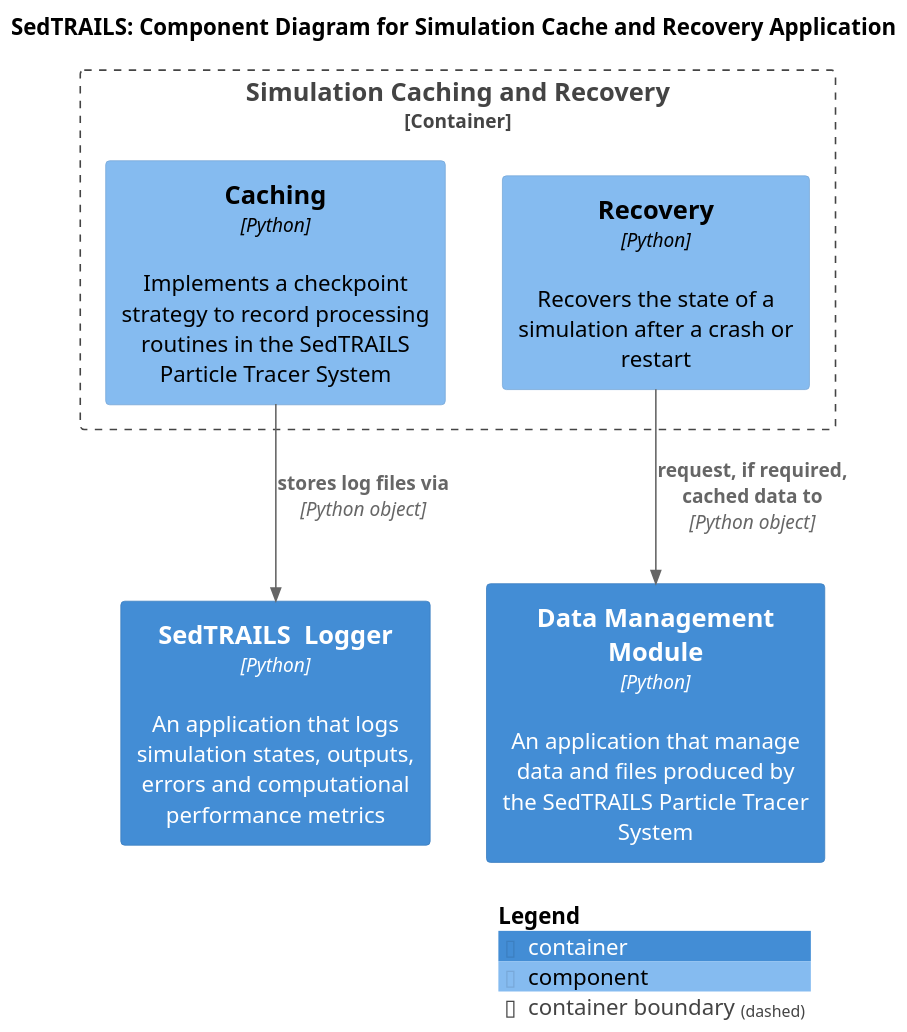
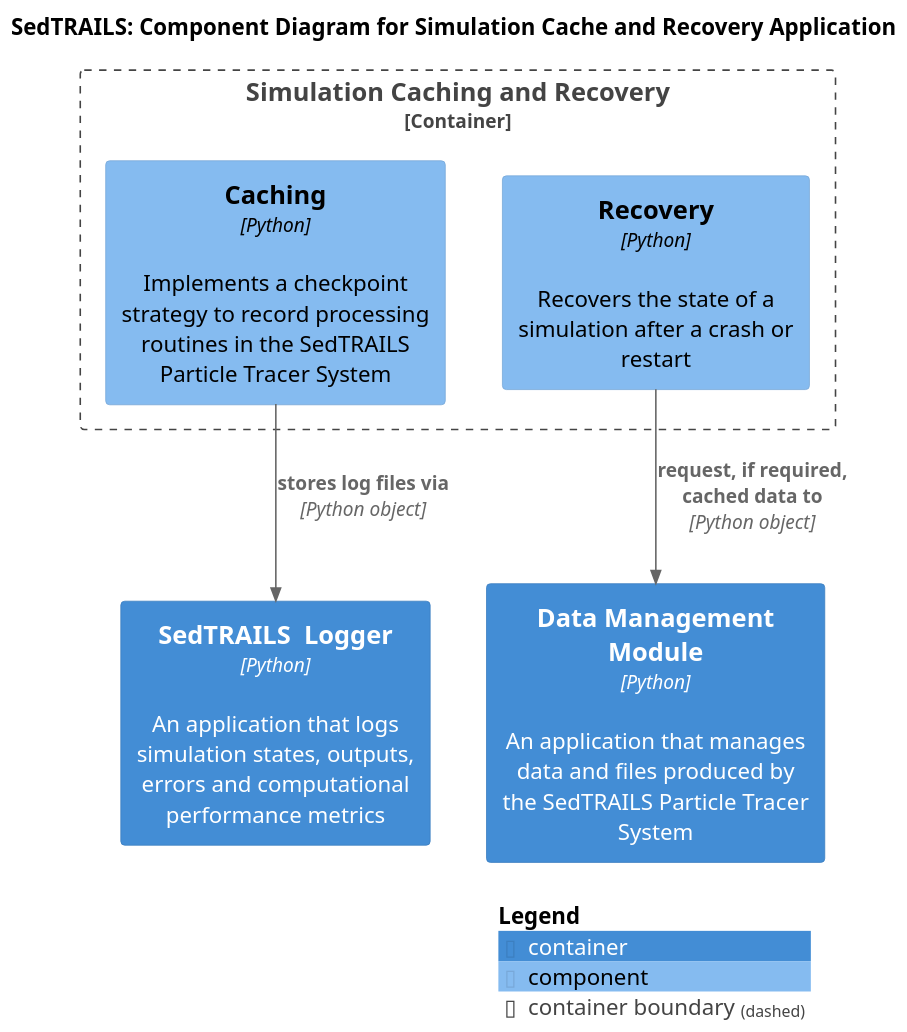
The diagram in diagrams/components-cache-app.puml (sgpearson17/sedtrails-sgp), drawn with PlantUML before and after one commit. The commit also changed 7 other files, not shown here.

Commit message:
final revisions of the diagrams

```diff
--- a/diagrams/components-cache-app.puml
+++ b/diagrams/components-cache-app.puml
@@ -1,24 +1,24 @@
 @startuml SedtrailComponentsCache
 !include ./c4/C4_Component.puml
 
 ' LAYOUT_LANDSCAPE()
 
 title SedTRAILS: Component Diagram for Simulation Cache and Recovery Application
 scale 1.5
 
-Container(dataManager, "Data Management Module", "Python", "An application that manage data and files produced by the SedTRAILS Particle Tracer System")
+Container(dataManager, "Data Management Module", "Python", "An application that manages data and files produced by the SedTRAILS Particle Tracer System")
 
 Container(sedtrailsLogger, "SedTRAILS  Logger", "Python", "An application that logs simulation states, outputs, errors and computational performance metrics")
 
 Container_Boundary(cache, "Simulation Caching and Recovery", "Python", "Provides functionality to recover simulation output, allow restarts, and reusing simulation inputs and outputs"){
     Component(caching, "Caching", "Python", "Implements a checkpoint strategy to record processing routines in the SedTRAILS Particle Tracer System")
     Component(recovery, "Recovery", "Python", "Recovers the state of a simulation after a crash or restart")
 }
 
 Rel(recovery, dataManager , "request, if required, cached data to", "Python object")
 
 
 Rel(caching, sedtrailsLogger, "stores log files via", "Python object")
 
 SHOW_LEGEND()
 @enduml
```
